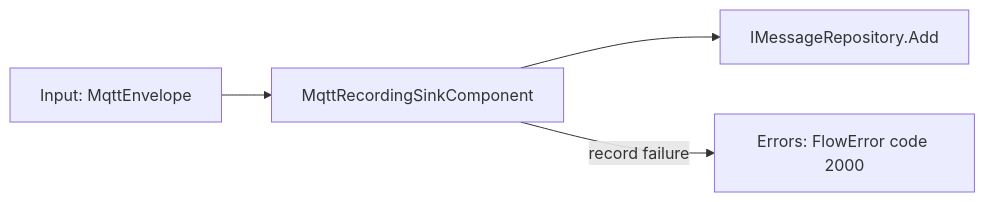
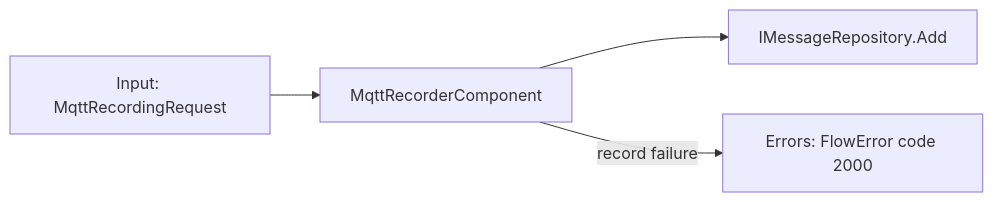
Diagram 13 of 19 in docs/flow-components.md (araxis/FluxMq), drawn with Mermaid before and after one commit. The commit also changed other lines of this file and 70 other files, not shown here.

````diff
--- a/docs/flow-components.md
+++ b/docs/flow-components.md
@@ -426,6 +467,6 @@
 ```mermaid
 flowchart LR
-    In["Input: MqttEnvelope"] --> Sink["MqttRecordingSinkComponent"]
-    Sink --> Repository["IMessageRepository.Add"]
-    Sink -->|record failure| Errors["Errors: FlowError code 2000"]
+    In["Input: MqttRecordingRequest"] --> Recorder["MqttRecorderComponent"]
+    Recorder --> Repository["IMessageRepository.Add"]
+    Recorder -->|record failure| Errors["Errors: FlowError code 2000"]
 ```
````
